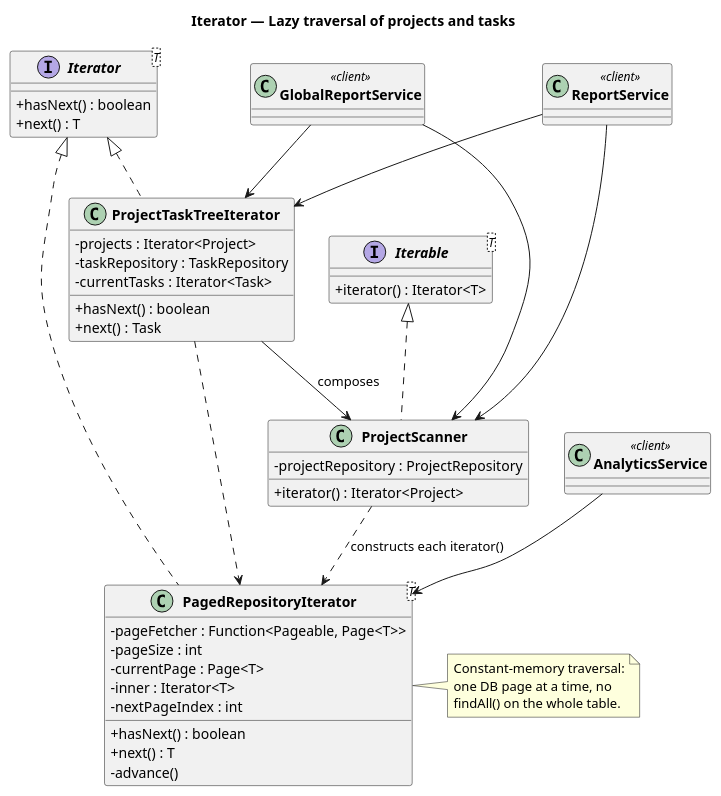
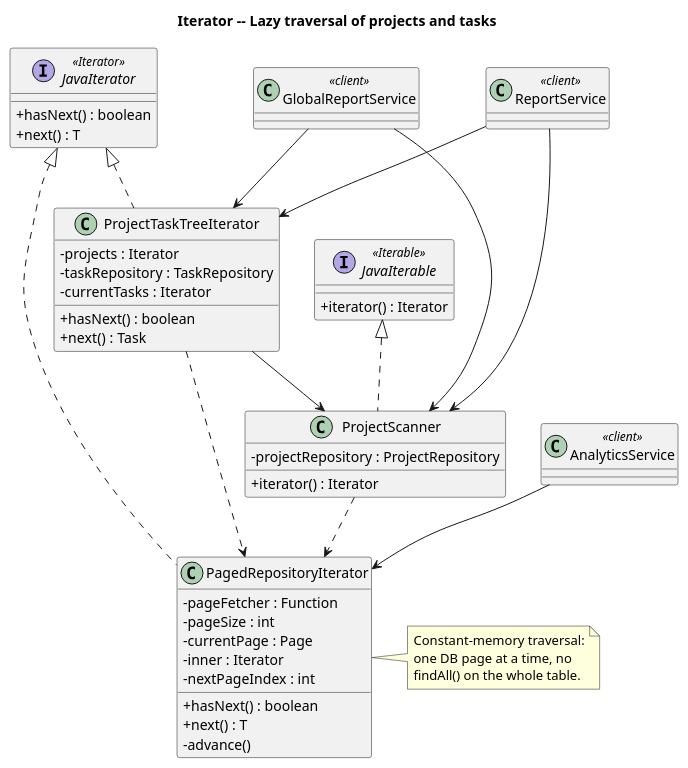
The diagram in docs/uml/08_iterator_paged_repository.puml (OmarTheGrey/Constructflow-Project-Management), drawn with PlantUML before and after one commit. The commit also changed 16 other files, not shown here.

First line of the commit message:
docs(uml): fix PlantUML syntax, add rendered diagrams, rewrite README

```diff
--- a/docs/uml/08_iterator_paged_repository.puml
+++ b/docs/uml/08_iterator_paged_repository.puml
@@ -1,64 +1,64 @@
 @startuml iterator_paged_repository
-title Iterator — Lazy traversal of projects and tasks
+title Iterator -- Lazy traversal of projects and tasks
 
 skinparam classAttributeIconSize 0
-skinparam classFontStyle bold
 skinparam backgroundColor white
 
-interface "Iterator<T>" as IteratorT {
+interface JavaIterator <<Iterator>> {
   + hasNext() : boolean
   + next() : T
 }
-interface "Iterable<T>" as IterableT {
-  + iterator() : Iterator<T>
+
+interface JavaIterable <<Iterable>> {
+  + iterator() : Iterator
 }
 
-class "PagedRepositoryIterator<T>" as PagedRepoIter {
-  - pageFetcher : Function<Pageable, Page<T>>
+class PagedRepositoryIterator {
+  - pageFetcher : Function
   - pageSize : int
-  - currentPage : Page<T>
-  - inner : Iterator<T>
+  - currentPage : Page
+  - inner : Iterator
   - nextPageIndex : int
   + hasNext() : boolean
   + next() : T
   - advance()
 }
 
 class ProjectScanner {
   - projectRepository : ProjectRepository
-  + iterator() : Iterator<Project>
+  + iterator() : Iterator
 }
 
 class ProjectTaskTreeIterator {
-  - projects : Iterator<Project>
+  - projects : Iterator
   - taskRepository : TaskRepository
-  - currentTasks : Iterator<Task>
+  - currentTasks : Iterator
   + hasNext() : boolean
   + next() : Task
 }
 
 class GlobalReportService <<client>>
 class AnalyticsService <<client>>
 class ReportService <<client>>
 
-IteratorT <|.. PagedRepoIter
-IteratorT <|.. ProjectTaskTreeIterator
-IterableT <|.. ProjectScanner
+JavaIterator <|.. PagedRepositoryIterator
+JavaIterator <|.. ProjectTaskTreeIterator
+JavaIterable <|.. ProjectScanner
 
-ProjectScanner ..> PagedRepoIter : constructs each iterator()
-ProjectTaskTreeIterator --> ProjectScanner : composes
-ProjectTaskTreeIterator ..> PagedRepoIter
+ProjectScanner ..> PagedRepositoryIterator
+ProjectTaskTreeIterator --> ProjectScanner
+ProjectTaskTreeIterator ..> PagedRepositoryIterator
 
 GlobalReportService --> ProjectScanner
 GlobalReportService --> ProjectTaskTreeIterator
 ReportService --> ProjectScanner
 ReportService --> ProjectTaskTreeIterator
-AnalyticsService --> PagedRepoIter
+AnalyticsService --> PagedRepositoryIterator
 
-note right of PagedRepoIter
+note right of PagedRepositoryIterator
   Constant-memory traversal:
   one DB page at a time, no
   findAll() on the whole table.
 end note
 
 @enduml
```
